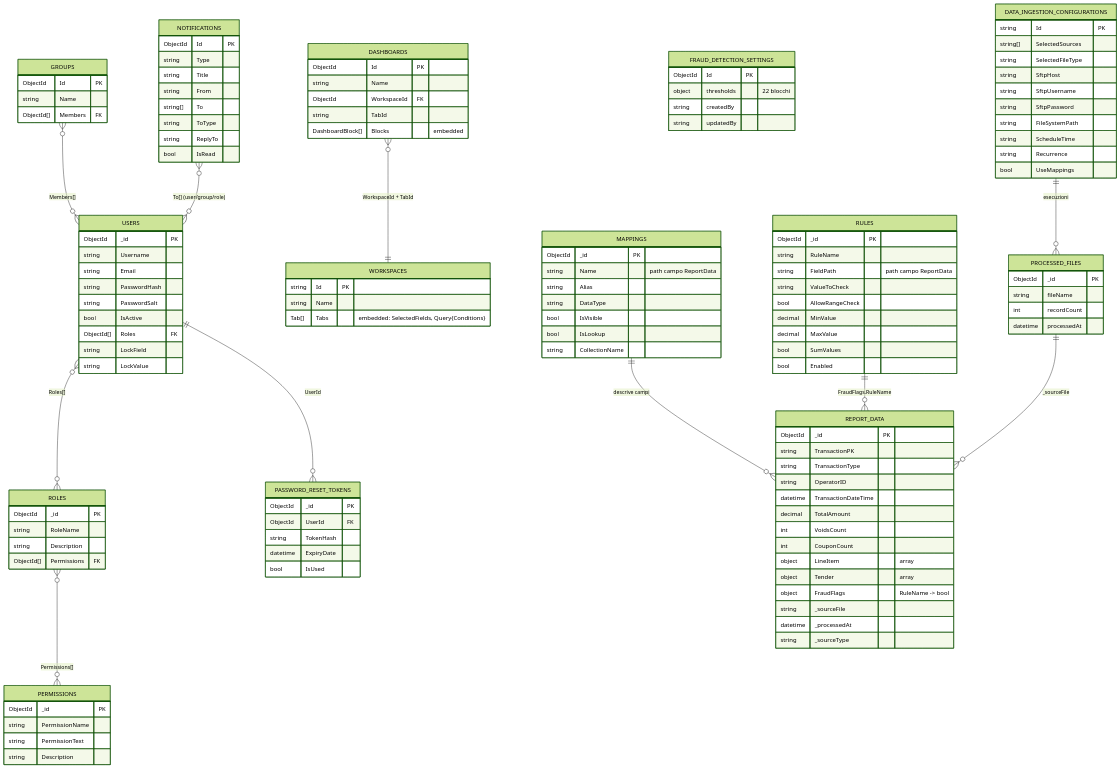
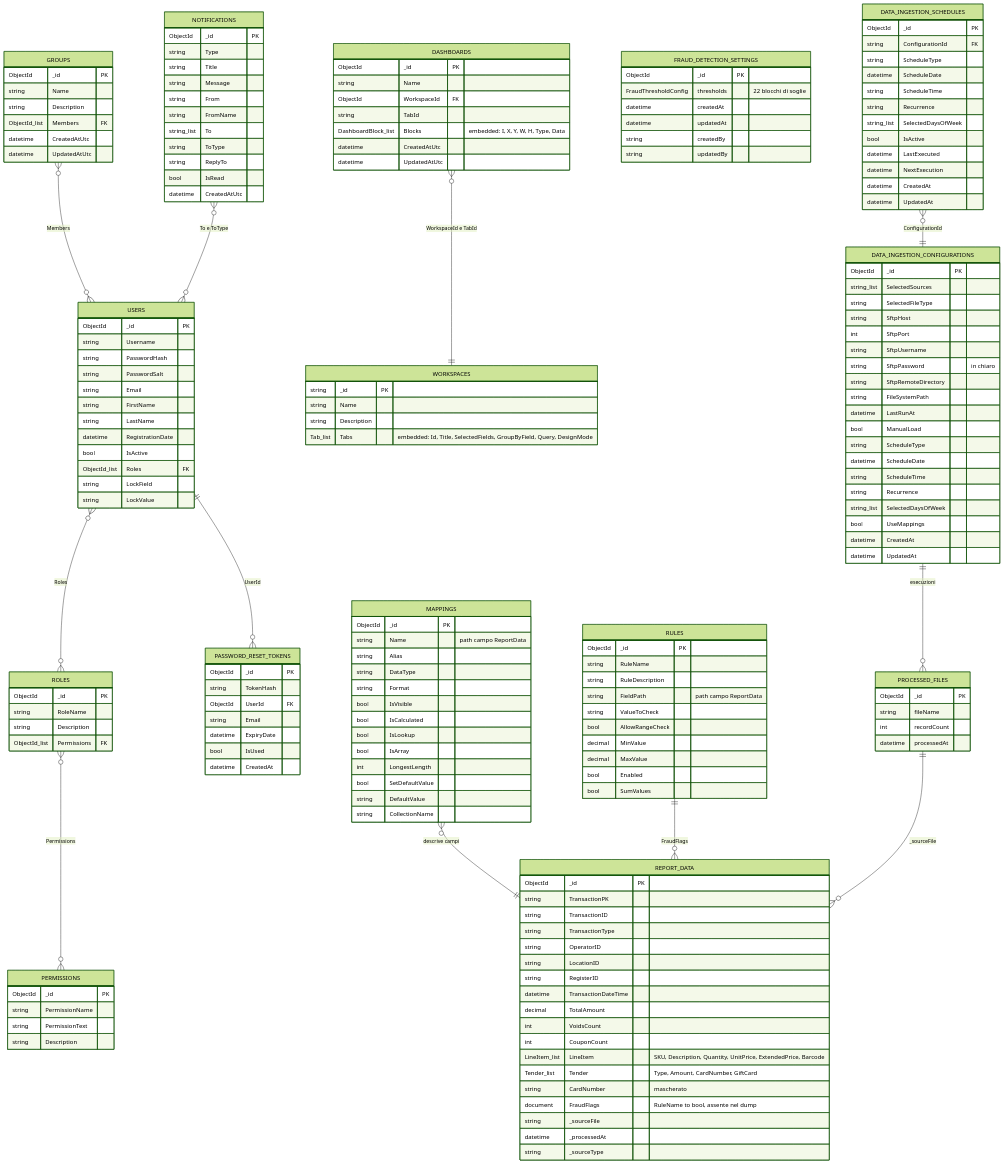
One commit to saristot/LOSS_PREVENTION changed the third of 3 diagrams in customspa-it-loss-prevention-d098a8b97860/Docs/08_data.md. Above: the diagram before and after it, drawn with Mermaid (forest theme). The commit also changed other lines of this file and 23 other files, not shown here.

````diff
--- a/customspa-it-loss-prevention-d098a8b97860/Docs/08_data.md
+++ b/customspa-it-loss-prevention-d098a8b97860/Docs/08_data.md
@@ -54,11 +352,14 @@
   USERS {
     ObjectId _id PK
     string Username
-    string Email
     string PasswordHash
     string PasswordSalt
+    string Email
+    string FirstName
+    string LastName
+    datetime RegistrationDate
     bool IsActive
-    ObjectId[] Roles FK
+    ObjectId_list Roles FK
     string LockField
     string LockValue
   }
@@ -66,7 +367,7 @@
     ObjectId _id PK
     string RoleName
     string Description
-    ObjectId[] Permissions FK
+    ObjectId_list Permissions FK
   }
   PERMISSIONS {
     ObjectId _id PK
@@ -76,91 +377,138 @@
   }
   PASSWORD_RESET_TOKENS {
     ObjectId _id PK
+    string TokenHash
     ObjectId UserId FK
-    string TokenHash
+    string Email
     datetime ExpiryDate
     bool IsUsed
+    datetime CreatedAt
   }
   GROUPS {
-    ObjectId Id PK
+    ObjectId _id PK
     string Name
-    ObjectId[] Members FK
+    string Description
+    ObjectId_list Members FK
+    datetime CreatedAtUtc
+    datetime UpdatedAtUtc
   }
   NOTIFICATIONS {
-    ObjectId Id PK
+    ObjectId _id PK
     string Type
     string Title
+    string Message
     string From
-    string[] To
+    string FromName
+    string_list To
     string ToType
     string ReplyTo
     bool IsRead
+    datetime CreatedAtUtc
   }
   WORKSPACES {
-    string Id PK
+    string _id PK
     string Name
-    Tab[] Tabs "embedded: SelectedFields, Query{Conditions}"
+    string Description
+    Tab_list Tabs "embedded: Id, Title, SelectedFields, GroupByField, Query, DesignMode"
   }
   DASHBOARDS {
-    ObjectId Id PK
+    ObjectId _id PK
     string Name
     ObjectId WorkspaceId FK
     string TabId
-    DashboardBlock[] Blocks "embedded"
+    DashboardBlock_list Blocks "embedded: I, X, Y, W, H, Type, Data"
+    datetime CreatedAtUtc
+    datetime UpdatedAtUtc
   }
   MAPPINGS {
     ObjectId _id PK
     string Name "path campo ReportData"
     string Alias
     string DataType
+    string Format
     bool IsVisible
+    bool IsCalculated
     bool IsLookup
+    bool IsArray
+    int LongestLength
+    bool SetDefaultValue
+    string DefaultValue
     string CollectionName
   }
   RULES {
     ObjectId _id PK
     string RuleName
+    string RuleDescription
     string FieldPath "path campo ReportData"
     string ValueToCheck
     bool AllowRangeCheck
     decimal MinValue
     decimal MaxValue
+    bool Enabled
     bool SumValues
-    bool Enabled
   }
   FRAUD_DETECTION_SETTINGS {
-    ObjectId Id PK
-    object thresholds "22 blocchi"
+    ObjectId _id PK
+    FraudThresholdConfig thresholds "22 blocchi di soglie"
+    datetime createdAt
+    datetime updatedAt
     string createdBy
     string updatedBy
   }
   REPORT_DATA {
     ObjectId _id PK
     string TransactionPK
+    string TransactionID
     string TransactionType
     string OperatorID
+    string LocationID
+    string RegisterID
     datetime TransactionDateTime
     decimal TotalAmount
     int VoidsCount
     int CouponCount
-    object LineItem "array"
-    object Tender "array"
-    object FraudFlags "RuleName -> bool"
+    LineItem_list LineItem "SKU, Description, Quantity, UnitPrice, ExtendedPrice, Barcode"
+    Tender_list Tender "Type, Amount, CardNumber, GiftCard"
+    string CardNumber "mascherato"
+    document FraudFlags "RuleName to bool, assente nel dump"
     string _sourceFile
     datetime _processedAt
     string _sourceType
   }
   DATA_INGESTION_CONFIGURATIONS {
-    string Id PK
-    string[] SelectedSources
+    ObjectId _id PK
+    string_list SelectedSources
     string SelectedFileType
     string SftpHost
+    int SftpPort
     string SftpUsername
-    string SftpPassword
+    string SftpPassword "in chiaro"
+    string SftpRemoteDirectory
     string FileSystemPath
+    datetime LastRunAt
+    bool ManualLoad
+    string ScheduleType
+    datetime ScheduleDate
     string ScheduleTime
     string Recurrence
+    string_list SelectedDaysOfWeek
     bool UseMappings
+    datetime CreatedAt
+    datetime UpdatedAt
+  }
+  DATA_INGESTION_SCHEDULES {
+    ObjectId _id PK
+    string ConfigurationId FK
+    string ScheduleType
+    datetime ScheduleDate
+    string ScheduleTime
+    string Recurrence
+    string_list SelectedDaysOfWeek
+    bool IsActive
+    datetime LastExecuted
+    datetime NextExecution
+    datetime CreatedAt
+    datetime UpdatedAt
   }
   PROCESSED_FILES {
     ObjectId _id PK
@@ -168,14 +516,15 @@
     int recordCount
     datetime processedAt
   }
-  USERS }o--o{ ROLES : "Roles[]"
-  ROLES }o--o{ PERMISSIONS : "Permissions[]"
+  USERS }o--o{ ROLES : "Roles"
+  ROLES }o--o{ PERMISSIONS : "Permissions"
   USERS ||--o{ PASSWORD_RESET_TOKENS : "UserId"
-  GROUPS }o--o{ USERS : "Members[]"
-  NOTIFICATIONS }o--o{ USERS : "To[] (user/group/role)"
-  DASHBOARDS }o--|| WORKSPACES : "WorkspaceId + TabId"
-  MAPPINGS ||--o{ REPORT_DATA : "descrive campi"
-  RULES ||--o{ REPORT_DATA : "FraudFlags.RuleName"
+  GROUPS }o--o{ USERS : "Members"
+  NOTIFICATIONS }o--o{ USERS : "To e ToType"
+  DASHBOARDS }o--|| WORKSPACES : "WorkspaceId e TabId"
+  MAPPINGS }o--|| REPORT_DATA : "descrive campi"
+  RULES ||--o{ REPORT_DATA : "FraudFlags"
   PROCESSED_FILES ||--o{ REPORT_DATA : "_sourceFile"
+  DATA_INGESTION_SCHEDULES }o--|| DATA_INGESTION_CONFIGURATIONS : "ConfigurationId"
   DATA_INGESTION_CONFIGURATIONS ||--o{ PROCESSED_FILES : "esecuzioni"
 ```
````
